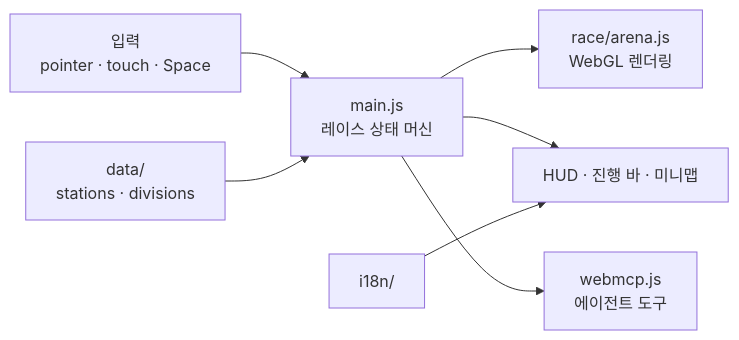
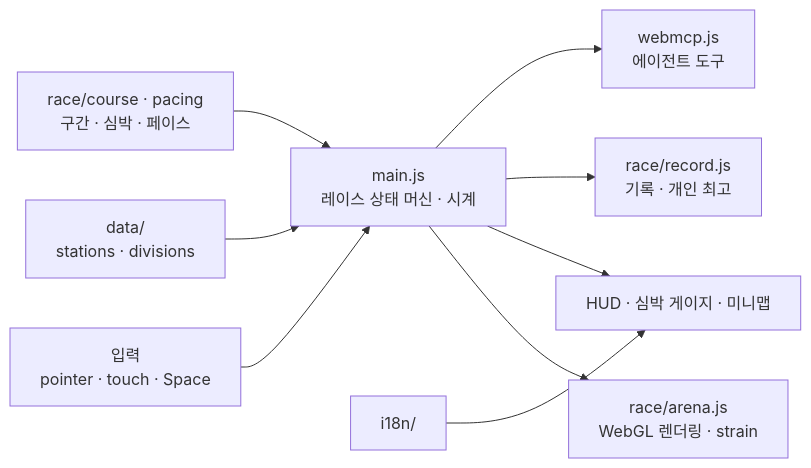
Before and after one commit to leeseooo/hyrox-first-lap: the first of 2 diagrams in README.md, drawn with Mermaid. The commit also changed other lines of this file and 2 other files, not shown here.

Commit message:
docs: 페이스 조절 규칙에 맞춰 README · WebMCP 설명 갱신

````diff
--- a/README.md
+++ b/README.md
@@ -53,9 +54,11 @@
 ```mermaid
 flowchart LR
-  input["입력<br/>pointer · touch · Space"] --> main["main.js<br/>레이스 상태 머신"]
+  input["입력<br/>pointer · touch · Space"] --> main["main.js<br/>레이스 상태 머신 · 시계"]
   data["data/<br/>stations · divisions"] --> main
-  main --> arena["race/arena.js<br/>WebGL 렌더링"]
-  main --> hud["HUD · 진행 바 · 미니맵"]
+  pacing["race/course · pacing<br/>구간 · 심박 · 페이스"] --> main
+  main --> arena["race/arena.js<br/>WebGL 렌더링 · strain"]
+  main --> hud["HUD · 심박 게이지 · 미니맵"]
+  main --> record["race/record.js<br/>기록 · 개인 최고"]
   i18n["i18n/"] --> hud
   main --> webmcp["webmcp.js<br/>에이전트 도구"]
 ```
````
